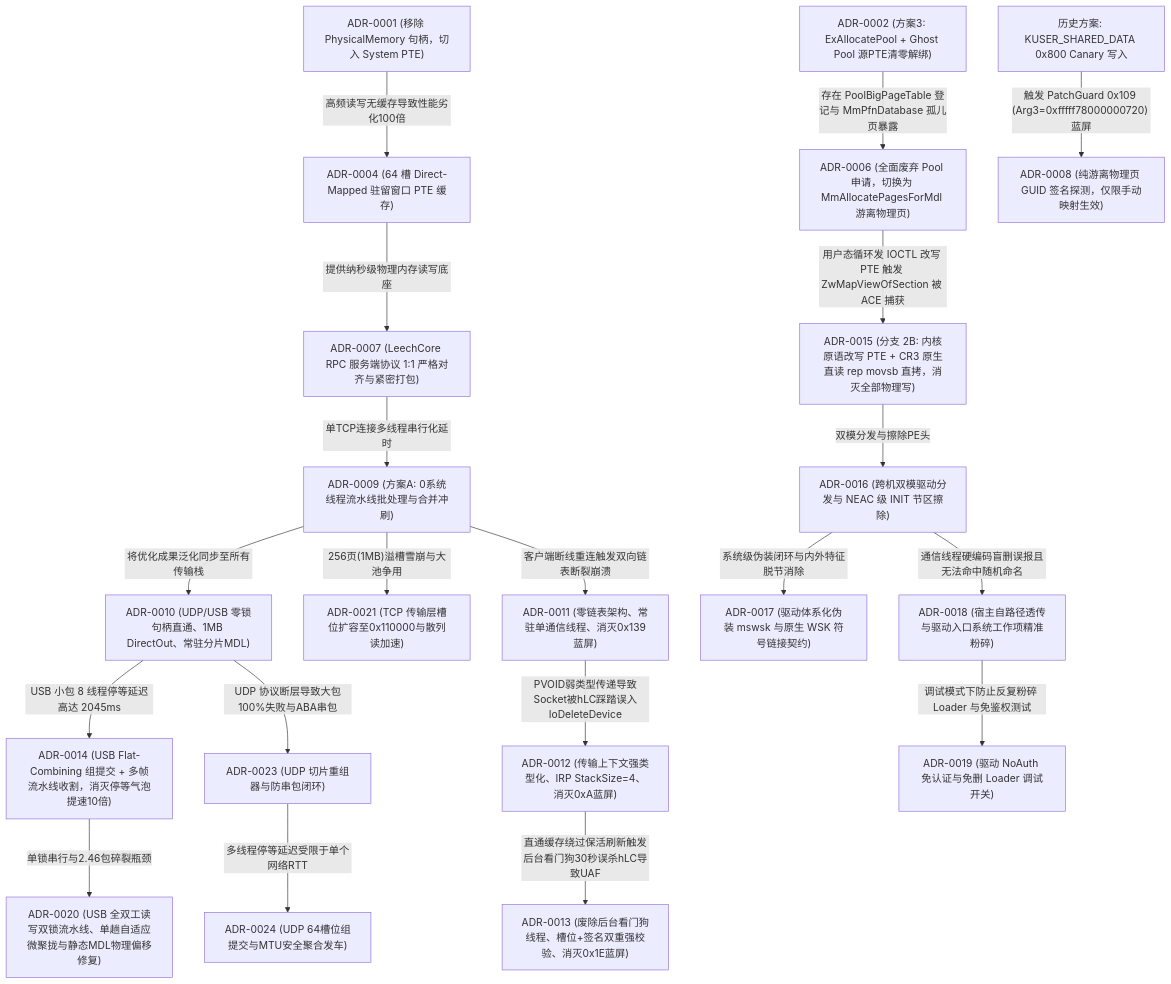
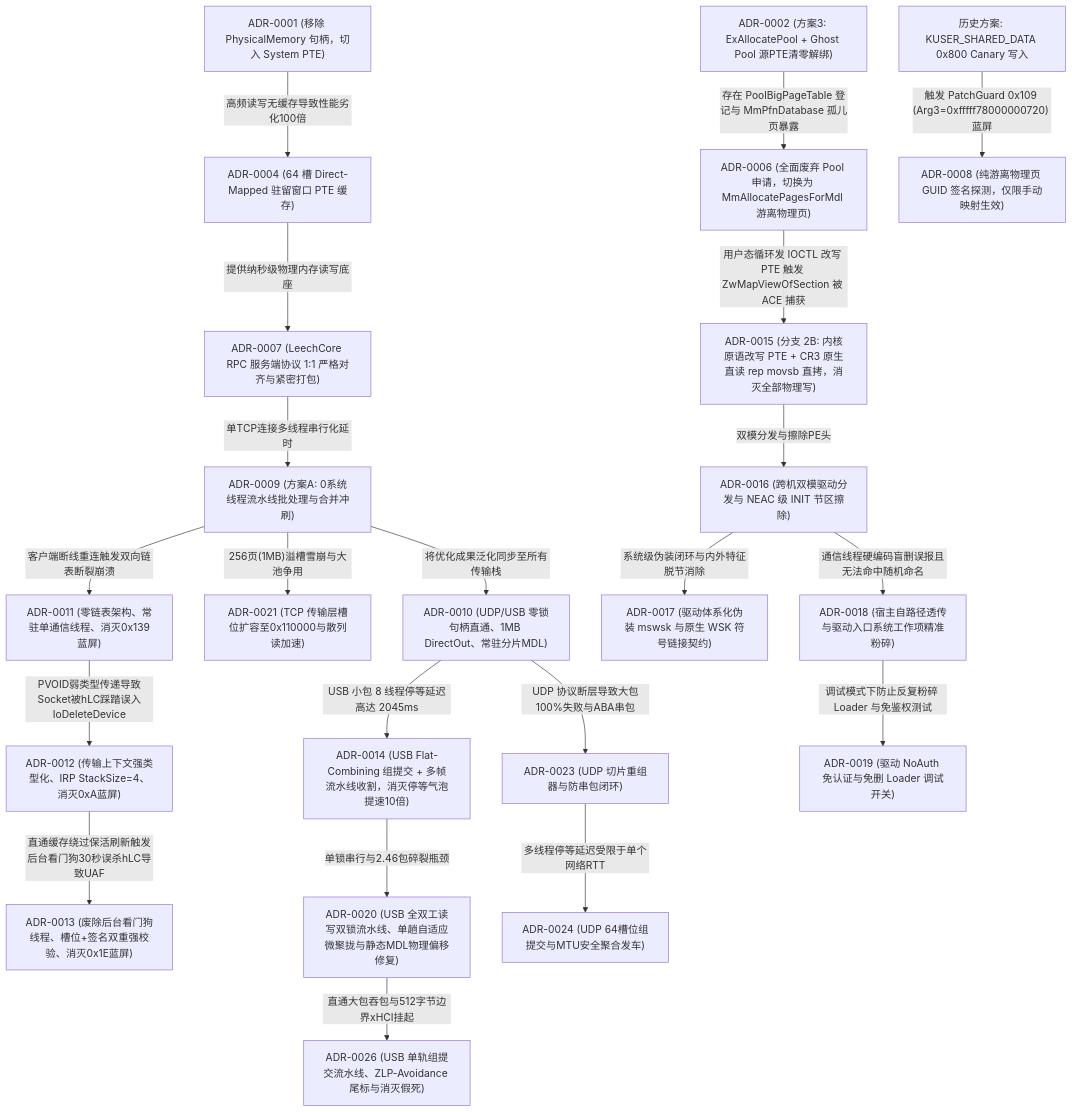
Before and after one commit to zhugeliang666/CheatDrv: the diagram in docs/decisions/README.md, drawn with Mermaid. The commit also changed other lines of this file and 13 other files, not shown here.

Commit message:
fix(usb): 重构单轨组提交流水线、ZLP-Avoidance尾标与1024B读取对齐根除周期性假死 (ADR-0026)

````diff
--- a/docs/decisions/README.md
+++ b/docs/decisions/README.md
@@ -41,23 +42,24 @@
 ```mermaid
 
 graph TD
     A["ADR-0002 (方案3: ExAllocatePool + Ghost Pool 源PTE清零解绑)"] --"存在 PoolBigPageTable 登记与 MmPfnDatabase 孤儿页暴露"--> B["ADR-0006 (全面废弃 Pool 申请，切换为 MmAllocatePagesForMdl 游离物理页)"]
     B --"用户态循环发 IOCTL 改写 PTE 触发 ZwMapViewOfSection 被 ACE 捕获"--> N["ADR-0015 (分支 2B: 内核原语改写 PTE + CR3 原生直读 rep movsb 直拷，消灭全部物理写)"]
     C["ADR-0001 (移除 PhysicalMemory 句柄，切入 System PTE)"] --"高频读写无缓存导致性能劣化100倍"--> D["ADR-0004 (64 槽 Direct-Mapped 驻留窗口 PTE 缓存)"]
     D --"提供纳秒级物理内存读写底座"--> E["ADR-0007 (LeechCore RPC 服务端协议 1:1 严格对齐与紧密打包)"]
     F["历史方案: KUSER_SHARED_DATA 0x800 Canary 写入"] --"触发 PatchGuard 0x109 (Arg3=0xfffff78000000720) 蓝屏"--> G["ADR-0008 (纯游离物理页 GUID 签名探测，仅限手动映射生效)"]
     E --"单TCP连接多线程串行化延时"--> H["ADR-0009 (方案A: 0系统线程流水线批处理与合并冲刷)"]
     H --"将优化成果泛化同步至所有传输栈"--> I["ADR-0010 (UDP/USB 零锁句柄直通、1MB DirectOut、常驻分片MDL)"]
     H --"256页(1MB)溢槽雪崩与大池争用"--> U["ADR-0021 (TCP 传输层槽位扩容至0x110000与散列读加速)"]
     H --"客户端断线重连触发双向链表断裂崩溃"--> J["ADR-0011 (零链表架构、常驻单通信线程、消灭0x139蓝屏)"]
     J --"PVOID弱类型传递导致Socket被hLC踩踏误入IoDeleteDevice"--> K["ADR-0012 (传输上下文强类型化、IRP StackSize=4、消灭0xA蓝屏)"]
     K --"直通缓存绕过保活刷新触发后台看门狗30秒误杀hLC导致UAF"--> L["ADR-0013 (废除后台看门狗线程、槽位+签名双重强校验、消灭0x1E蓝屏)"]
     I --"USB 小包 8 线程停等延迟高达 2045ms"--> M["ADR-0014 (USB Flat-Combining 组提交 + 多帧流水线收割，消灭停等气泡提速10倍)"]
     M --"单锁串行与2.46包碎裂瓶颈"--> T["ADR-0020 (USB 全双工读写双锁流水线、单趟自适应微聚拢与静态MDL物理偏移修复)"]
+    T --"直通大包吞包与512字节边界xHCI挂起"--> X["ADR-0026 (USB 单轨组提交流水线、ZLP-Avoidance 尾标与消灭假死)"]
     I --"UDP 协议断层导致大包100%失败与ABA串包"--> V["ADR-0023 (UDP 切片重组器与防串包闭环)"]
     V --"多线程停等延迟受限于单个网络RTT"--> W["ADR-0024 (UDP 64槽位组提交与MTU安全聚合发车)"]
     N --"双模分发与擦除PE头"--> P["ADR-0016 (跨机双模驱动分发与 NEAC 级 INIT 节区擦除)"]
     P --"系统级伪装闭环与内外特征脱节消除"--> Q["ADR-0017 (驱动体系化伪装 mswsk 与原生 WSK 符号链接契约)"]
     P --"通信线程硬编码盲删误报且无法命中随机命名"--> R["ADR-0018 (宿主自路径透传与驱动入口系统工作项精准粉碎)"]
     R --"调试模式下防止反复粉碎 Loader 与免鉴权测试"--> S["ADR-0019 (驱动 NoAuth 免认证与免删 Loader 调试开关)"]
 ```
````
